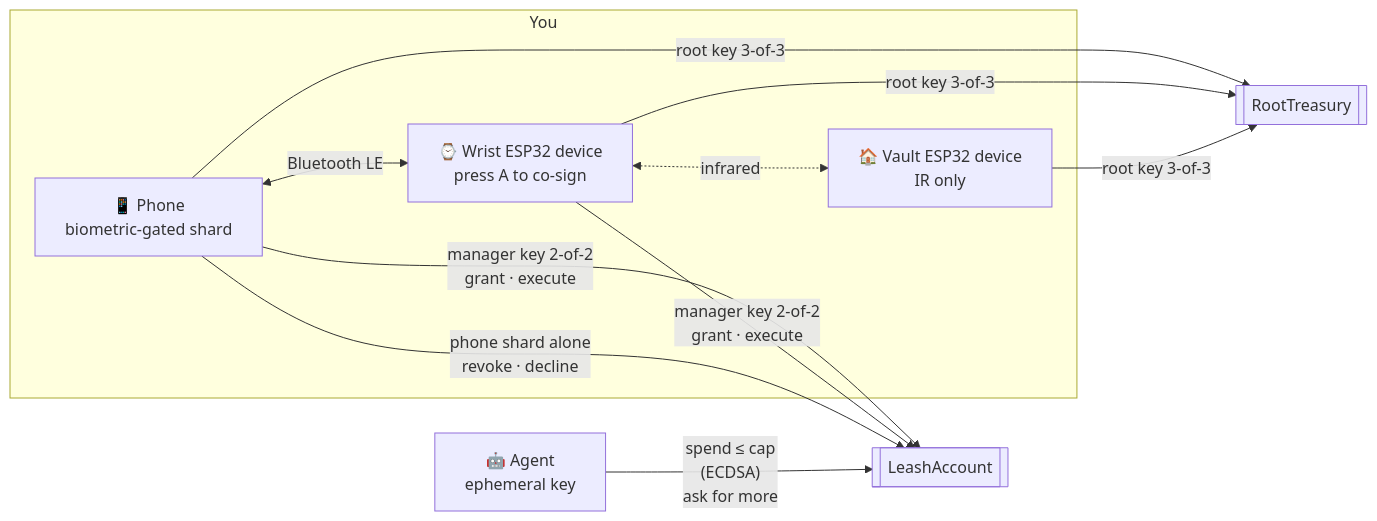
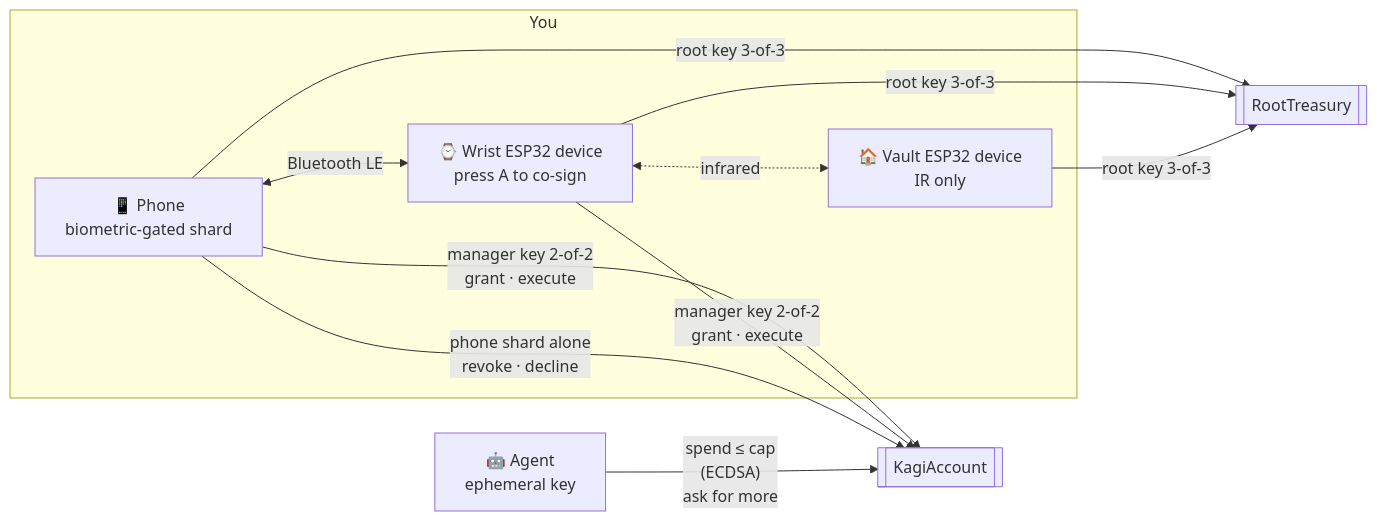
One commit to team-somehow/kagi-wallet changed the diagram in README.md. Above: the diagram before and after it, drawn with Mermaid. The commit also changed other lines of this file and 58 other files, not shown here.

First line of the commit message:
refactor: rename the project from Leash to Kagi Wallet

````diff
--- a/README.md
+++ b/README.md
@@ -28,20 +28,20 @@
 ```mermaid
 flowchart LR
     subgraph You
         P["📱 Phone<br/>biometric-gated shard"]
         W["⌚ Wrist ESP32 device<br/>press A to co-sign"]
         V["🏠 Vault ESP32 device<br/>IR only"]
     end
     A["🤖 Agent<br/>ephemeral key"]
 
     P <-- "Bluetooth LE" --> W
     W <-. "infrared" .-> V
 
     A -- "spend ≤ cap<br/>(ECDSA)<br/>ask for more" --> LA
     P & W -- "manager key 2-of-2<br/>grant · execute" --> LA
     P -- "phone shard alone<br/>revoke · decline" --> LA
     P & W & V -- "root key 3-of-3" --> RT
 
-    LA[["LeashAccount"]]
+    LA[["KagiAccount"]]
     RT[["RootTreasury"]]
 ```
````
